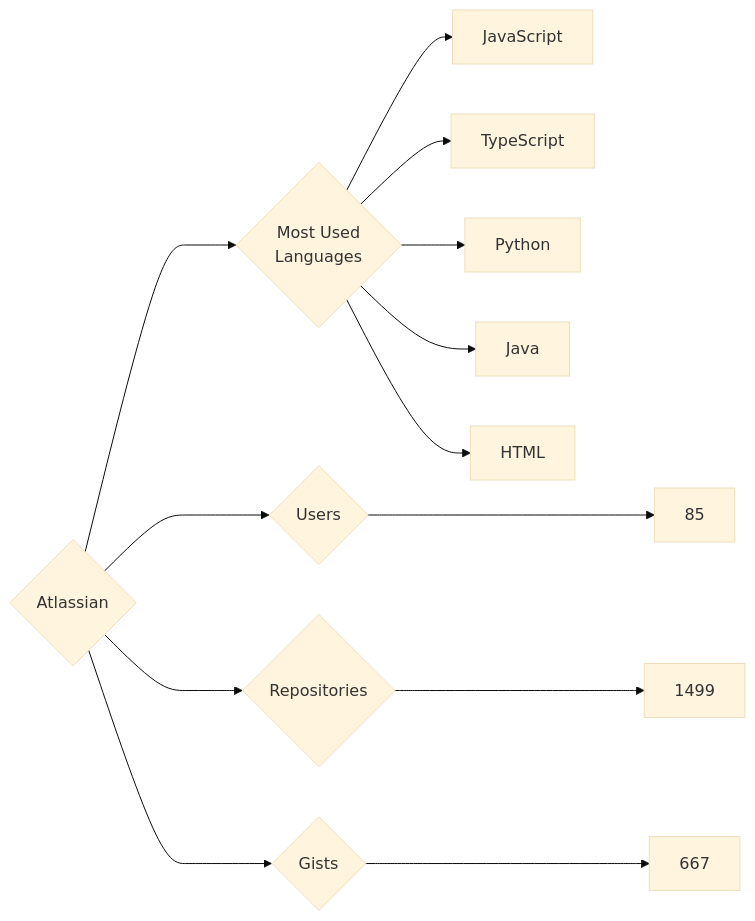
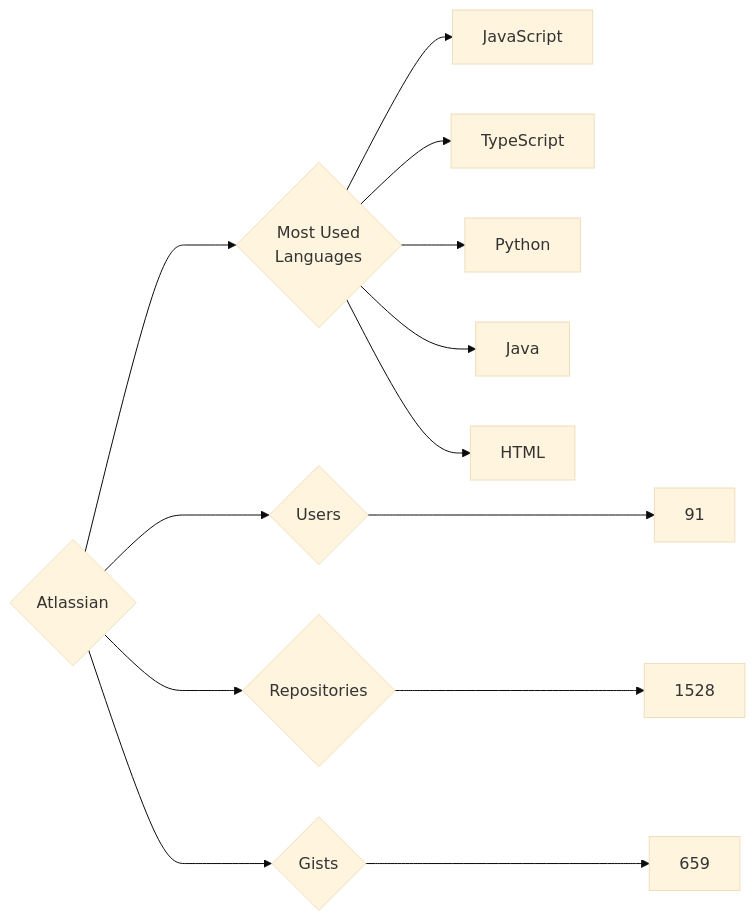
The diagram in targets/Atlassian/README.md (trickest/insiders), drawn with Mermaid (base theme) before and after one commit. The commit also changed 874 other files, not shown here.

````diff
--- a/targets/Atlassian/README.md
+++ b/targets/Atlassian/README.md
@@ -3,13 +3,13 @@
 ```mermaid
 graph LR
 COMPANY_NAME{Atlassian}
-COMPANY_NAME ---> U{Users} ---> UN[85]
-COMPANY_NAME ---> R{Repositories} ---> RN[1499]
-COMPANY_NAME ---> G{Gists} ---> GN[667]
+COMPANY_NAME ---> U{Users} ---> UN[91]
+COMPANY_NAME ---> R{Repositories} ---> RN[1528]
+COMPANY_NAME ---> G{Gists} ---> GN[659]
 COMPANY_NAME ---> ML{Most Used<br>Languages}
 ML --> JavaScript[JavaScript]
 ML --> TypeScript[TypeScript]
 ML --> Python[Python]
 ML --> Java[Java]
 ML --> HTML[HTML]
 ```
````
